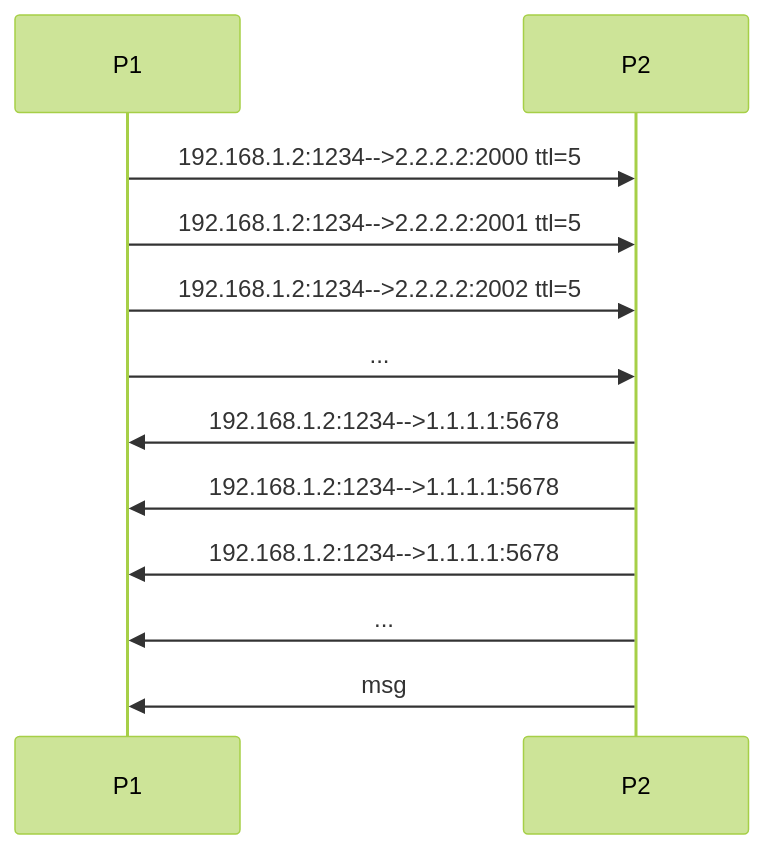
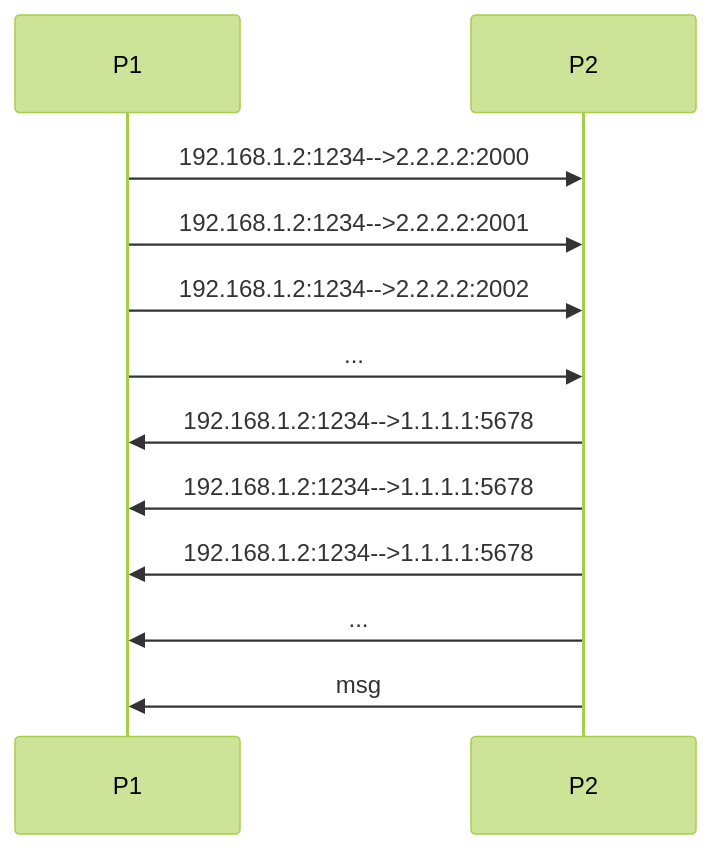
One commit to 1314liuwei/blog changed the third of 3 diagrams in docs/计算机网络/NAT 穿透.md. Above: the diagram before and after it, drawn with Mermaid (forest theme). The commit also changed other lines of this file and 1 other file, not shown here.

`````diff
--- a/docs/计算机网络/NAT 穿透.md
+++ b/docs/计算机网络/NAT 穿透.md
@@ -70,12 +52,12 @@
 ``` mermaid
 sequenceDiagram
-    P1->>P2: 192.168.1.2:1234-->2.2.2.2:2000 ttl=5
-    P1->>P2: 192.168.1.2:1234-->2.2.2.2:2001 ttl=5
-    P1->>P2: 192.168.1.2:1234-->2.2.2.2:2002 ttl=5
+    P1->>P2: 192.168.1.2:1234-->2.2.2.2:2000 
+    P1->>P2: 192.168.1.2:1234-->2.2.2.2:2001 
+    P1->>P2: 192.168.1.2:1234-->2.2.2.2:2002 
     P1->>P2: ...
     P2->>P1: 192.168.1.2:1234-->1.1.1.1:5678
     P2->>P1: 192.168.1.2:1234-->1.1.1.1:5678
     P2->>P1: 192.168.1.2:1234-->1.1.1.1:5678
     P2->>P1: ...
     P2->>P1: msg
 ````
`````
